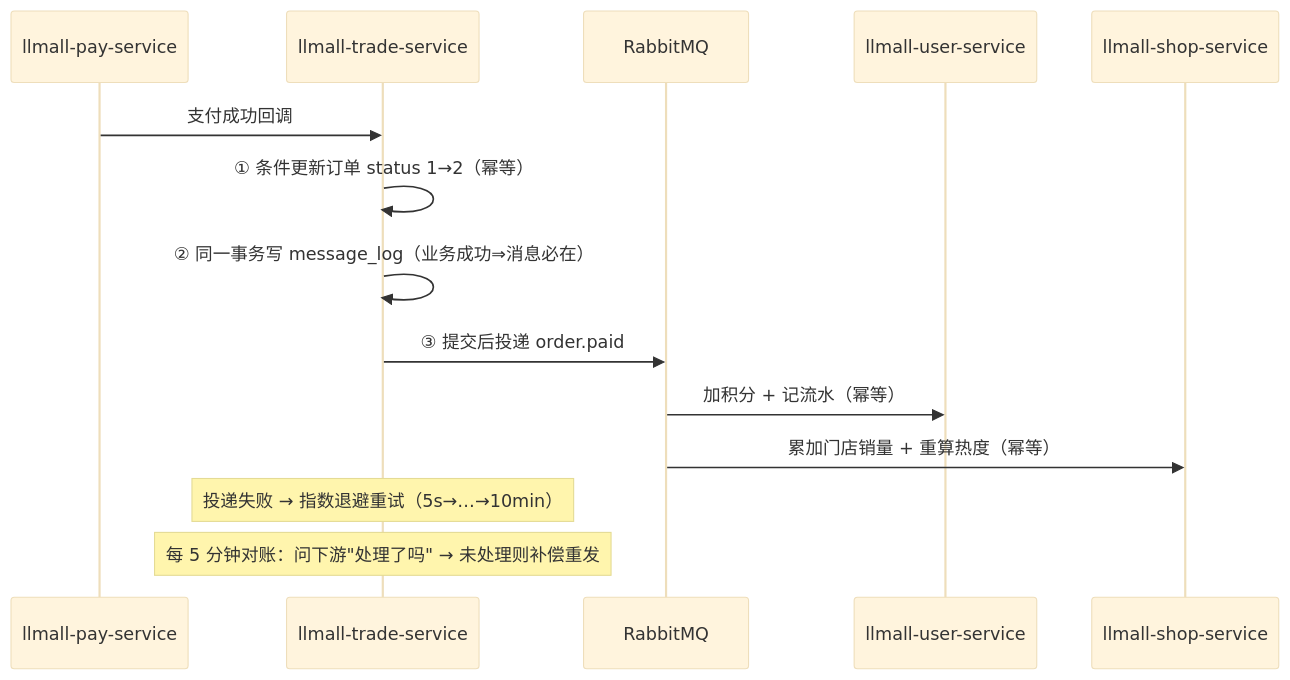
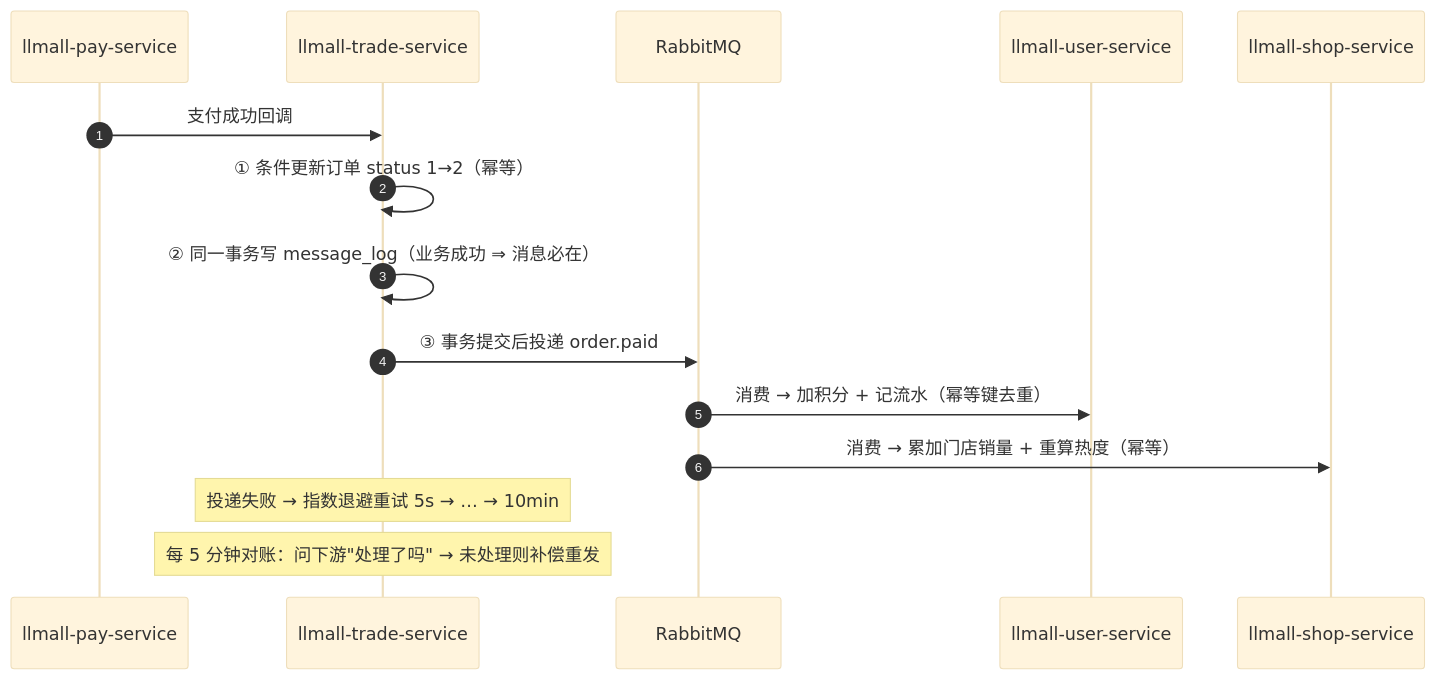
The third of 7 diagrams in README.md (mortalRain/llmall), drawn with Mermaid (base theme) before and after one commit. The commit also changed other lines of this file and 2 other files, not shown here.

First line of the commit message:
docs: 重构首页、架构设计与部署规范（图形化 + 事实自洽）

````diff
--- a/README.md
+++ b/README.md
@@ -103,16 +151,18 @@
 ```mermaid
 sequenceDiagram
+    autonumber
     participant P as llmall-pay-service
     participant T as llmall-trade-service
     participant M as RabbitMQ
     participant U as llmall-user-service
     participant SH as llmall-shop-service
+
     P->>T: 支付成功回调
     T->>T: ① 条件更新订单 status 1→2（幂等）
-    T->>T: ② 同一事务写 message_log（业务成功⇒消息必在）
-    T->>M: ③ 提交后投递 order.paid
-    M->>U: 加积分 + 记流水（幂等）
-    M->>SH: 累加门店销量 + 重算热度（幂等）
-    Note over T: 投递失败 → 指数退避重试（5s→…→10min）
+    T->>T: ② 同一事务写 message_log（业务成功 ⇒ 消息必在）
+    T->>M: ③ 事务提交后投递 order.paid
+    M->>U: 消费 → 加积分 + 记流水（幂等键去重）
+    M->>SH: 消费 → 累加门店销量 + 重算热度（幂等）
+    Note over T: 投递失败 → 指数退避重试 5s → … → 10min
     Note over T: 每 5 分钟对账：问下游"处理了吗" → 未处理则补偿重发
 ```
````
